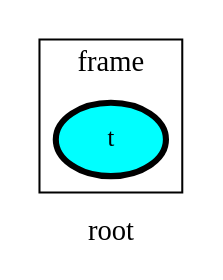
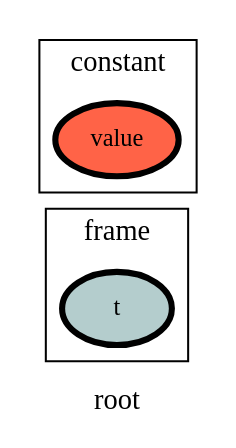
One commit to heinz-preisig/processes_distributed_no_interface_eqs changed the diagram in ontology_graphs/graph__root.dot. Above: the diagram before and after it, drawn with Graphviz. The commit also changed 72 other files, not shown here.

```diff
--- a/ontology_graphs/graph__root.dot
+++ b/ontology_graphs/graph__root.dot
@@ -1,25 +1,26 @@
 digraph root {
 label=root;
 rankdir=LR;
 subgraph cluster_root___network {
 label=network;
 rankdir=LR;
 }
 
 subgraph cluster_root___frame {
 label=frame;
 rankdir=LR;
-V_1 [fillcolor=cyan, fontsize=12, label=t, penwidth=3, style=filled];
+V_1 [fillcolor=lightcyan3, fontsize=12, label=t, penwidth=3, style=filled];
 }
 
 subgraph cluster_root___state {
 label=state;
 rankdir=LR;
 }
 
 subgraph cluster_root___constant {
 label=constant;
 rankdir=LR;
+V_6 [fillcolor=tomato, fontsize=12, label=value, penwidth=3, style=filled];
 }
 
 }
```
